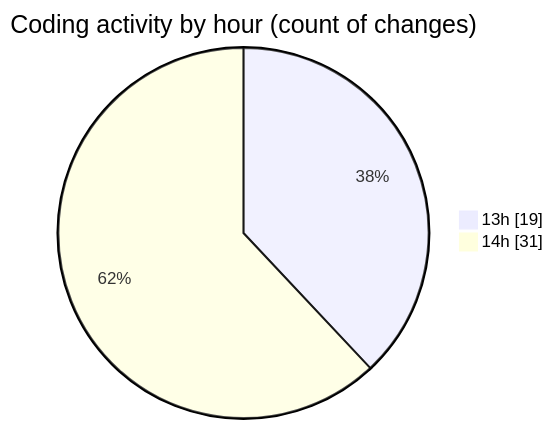
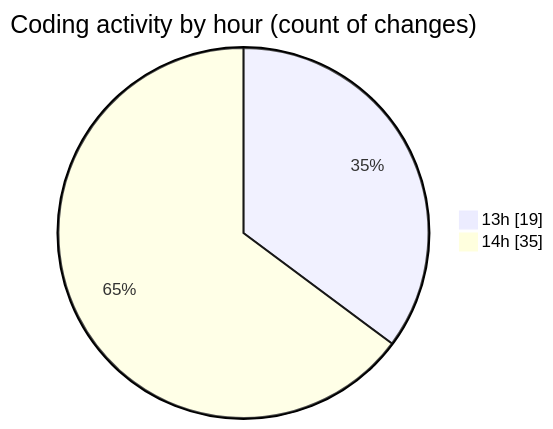
Before and after one commit to robertbonfada/code-tracking: the second of 2 diagrams in 2025-03-03/kart-online/README.md, drawn with Mermaid. The commit also changed other lines of this file and 1 other file, not shown here.

````diff
--- a/2025-03-03/kart-online/README.md
+++ b/2025-03-03/kart-online/README.md
@@ -52,6 +53,6 @@
 ```mermaid
 pie showData
 title Coding activity by hour (count of changes)
 "13h" : 19
-"14h" : 31
+"14h" : 35
 ```
````
